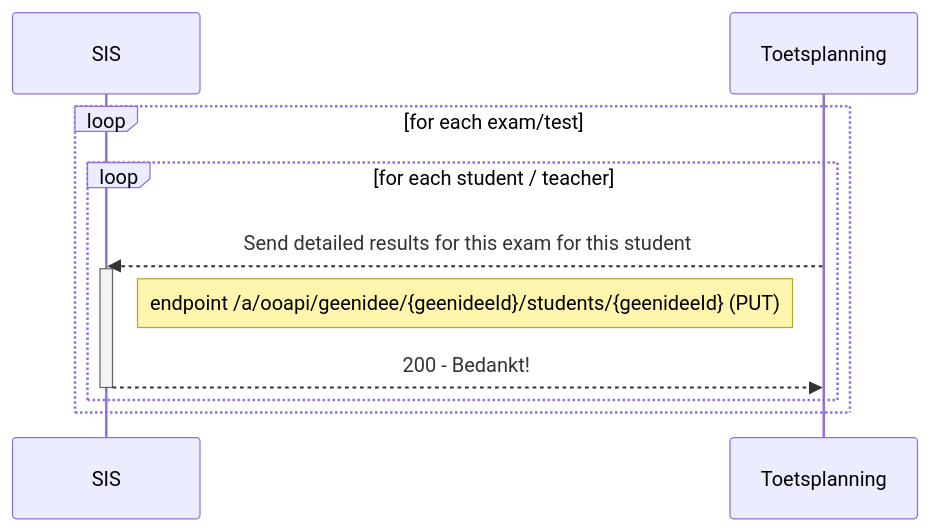
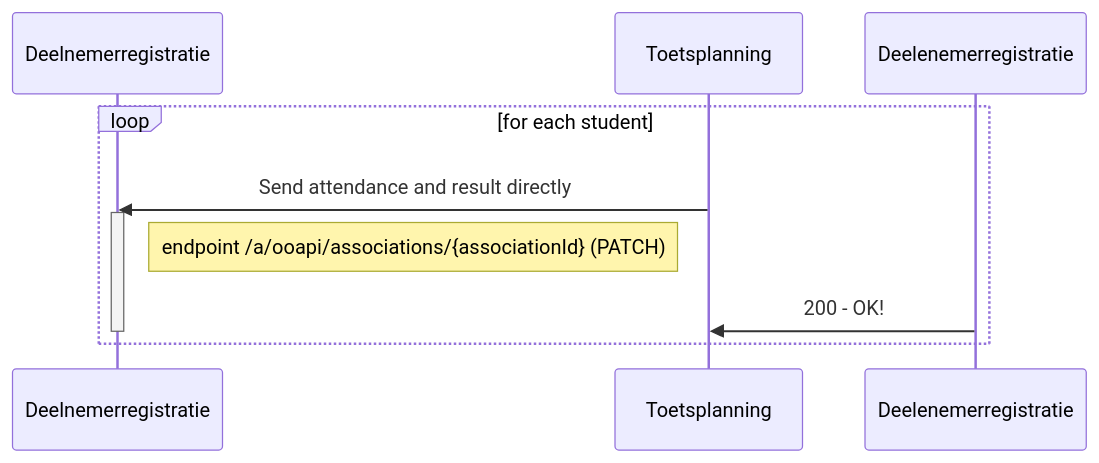
Before and after one commit to NetwerkExamineringDigitalisering/NED-OOAPI: the first of 2 diagrams in doc/flow5.md, drawn with Mermaid. The commit also changed other lines of this file, not shown here.

````diff
--- a/doc/flow5.md
+++ b/doc/flow5.md
@@ -9,16 +9,12 @@
 ```mermaid
 sequenceDiagram
-    participant SIS
+    participant Deelnemerregistratie
     participant Toetsplanning
-
-    loop for each exam/test
-        loop for each student / teacher
-          Toetsplanning-->>SIS: Send detailed results for this exam for this student
-          activate SIS
-          Note right of SIS: endpoint /a/ooapi/geenidee/{geenideeId}/students/{geenideeId} (PUT)
-          SIS-->>Toetsplanning: 200 - Bedankt!
-          deactivate SIS
-        end
+    loop for each student
+      Toetsplanning->>Deelnemerregistratie: Send attendance and result directly
+      activate Deelnemerregistratie
+      Note right of Deelnemerregistratie: endpoint /a/ooapi/associations/{associationId} (PATCH)
+      Deelenemerregistratie->>Toetsplanning: 200 - OK!
+      deactivate Deelnemerregistratie
     end
-
 ```
````
